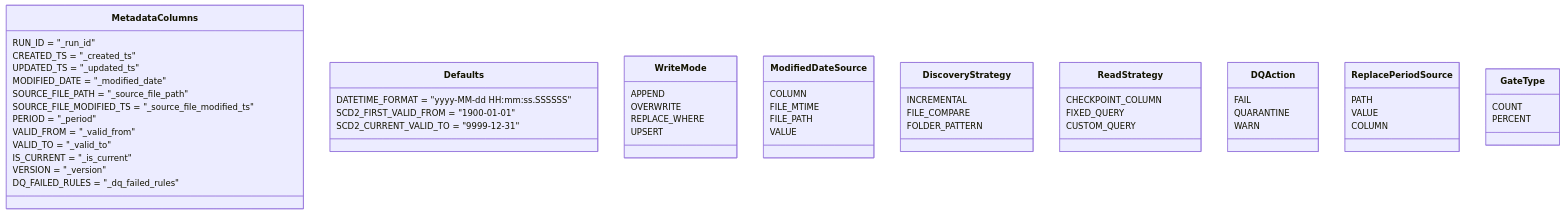
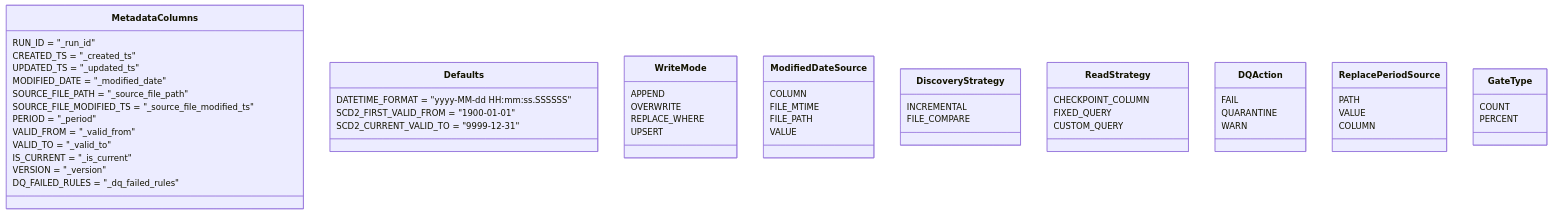
The seventh of 9 diagrams in docs/architecture.md (ltofanelli/data-processing-framework), drawn with Mermaid before and after one commit. The commit also changed other lines of this file and 1 other file, not shown here.

````diff
--- a/docs/architecture.md
+++ b/docs/architecture.md
@@ -910,58 +909,57 @@
 ```mermaid
 classDiagram
     class MetadataColumns {
         RUN_ID = "_run_id"
         CREATED_TS = "_created_ts"
         UPDATED_TS = "_updated_ts"
         MODIFIED_DATE = "_modified_date"
         SOURCE_FILE_PATH = "_source_file_path"
         SOURCE_FILE_MODIFIED_TS = "_source_file_modified_ts"
         PERIOD = "_period"
         VALID_FROM = "_valid_from"
         VALID_TO = "_valid_to"
         IS_CURRENT = "_is_current"
         VERSION = "_version"
         DQ_FAILED_RULES = "_dq_failed_rules"
     }
     class Defaults {
         DATETIME_FORMAT = "yyyy-MM-dd HH:mm:ss.SSSSSS"
         SCD2_FIRST_VALID_FROM = "1900-01-01"
         SCD2_CURRENT_VALID_TO = "9999-12-31"
     }
     class WriteMode {
         APPEND
         OVERWRITE
         REPLACE_WHERE
         UPSERT
     }
     class ModifiedDateSource {
         COLUMN
         FILE_MTIME
         FILE_PATH
         VALUE
     }
     class DiscoveryStrategy {
         INCREMENTAL
         FILE_COMPARE
-        FOLDER_PATTERN
     }
     class ReadStrategy {
         CHECKPOINT_COLUMN
         FIXED_QUERY
         CUSTOM_QUERY
     }
     class DQAction {
         FAIL
         QUARANTINE
         WARN
     }
     class ReplacePeriodSource {
         PATH
         VALUE
         COLUMN
     }
     class GateType {
         COUNT
         PERCENT
     }
 ```
````
